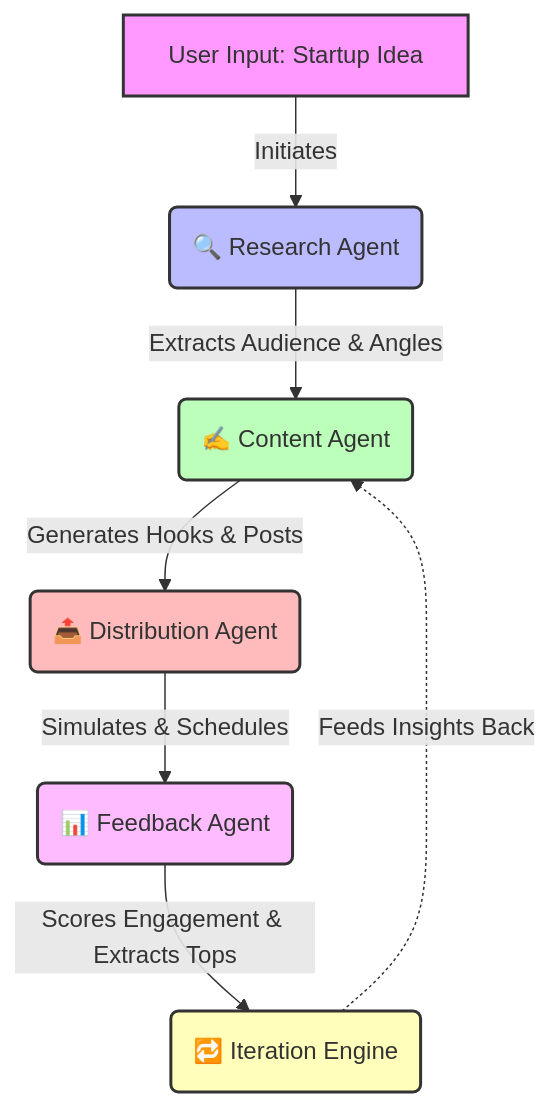
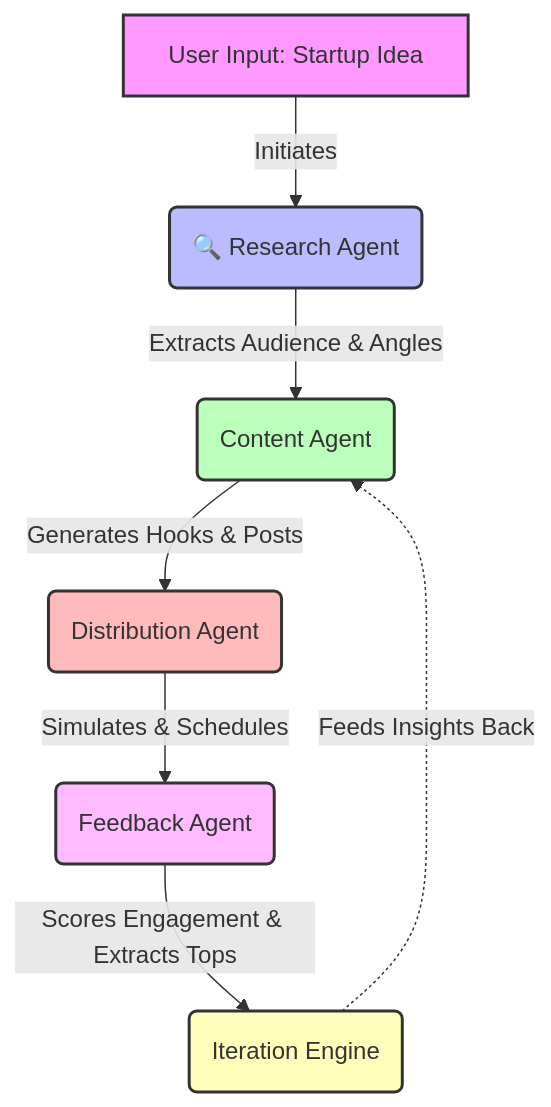
The first of 2 diagrams in README.md (rounak695/ai-growth-agent), drawn with Mermaid before and after one commit. The commit also changed other lines of this file, not shown here.

````diff
--- a/README.md
+++ b/README.md
@@ -29,19 +29,19 @@
 ```mermaid
 graph TD
     A[User Input: Startup Idea] -->|Initiates| B(🔍 Research Agent)
-    B -->|Extracts Audience & Angles| C(✍️ Content Agent)
+    B -->|Extracts Audience & Angles| C( Content Agent)
     
-    C -->|Generates Hooks & Posts| D(📤 Distribution Agent)
-    D -->|Simulates & Schedules| E(📊 Feedback Agent)
+    C -->|Generates Hooks & Posts| D(Distribution Agent)
+    D -->|Simulates & Schedules| E(Feedback Agent)
     
-    E -->|Scores Engagement & Extracts Tops| F(🔁 Iteration Engine)
+    E -->|Scores Engagement & Extracts Tops| F( Iteration Engine)
     
     F -.->|Feeds Insights Back| C
     
     style A fill:#f9f,stroke:#333,stroke-width:2px
     style B fill:#bbf,stroke:#333,stroke-width:2px
     style C fill:#bfb,stroke:#333,stroke-width:2px
     style D fill:#fbb,stroke:#333,stroke-width:2px
     style E fill:#fbf,stroke:#333,stroke-width:2px
     style F fill:#ffb,stroke:#333,stroke-width:2px
 ```
````
